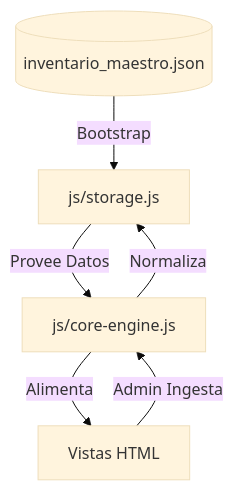
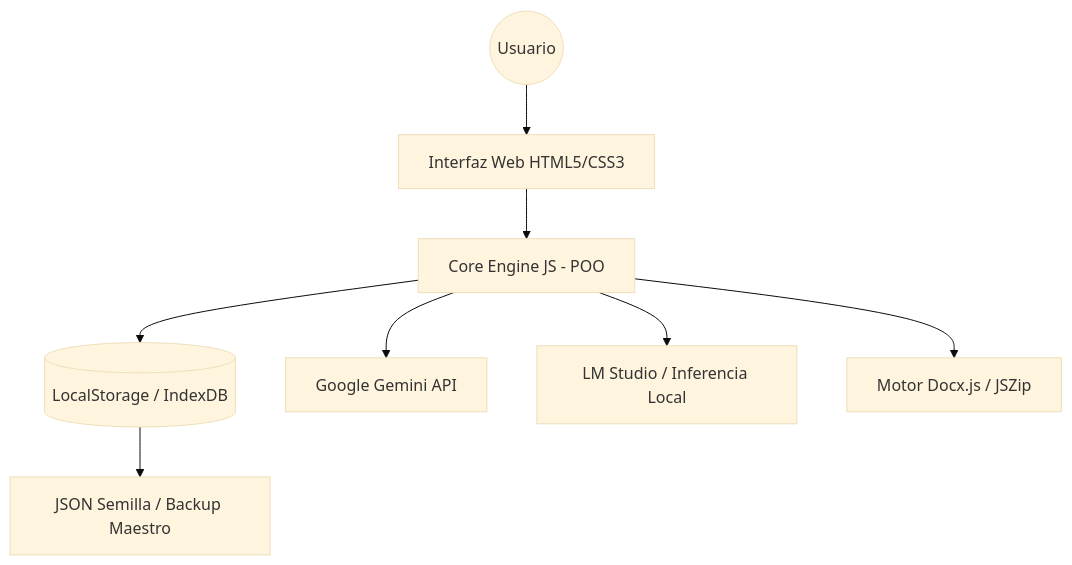
One commit to waltervasquezpina-arch/automatizacion_GxP changed the diagram in doc/02_Arquitectura_Stack.md. Above: the diagram before and after it, drawn with Mermaid (base theme). The commit also changed other lines of this file and 21 other files, not shown here.

````diff
--- a/doc/02_Arquitectura_Stack.md
+++ b/doc/02_Arquitectura_Stack.md
@@ -27,8 +6,10 @@
 ```mermaid
 graph TD
-    JSON[(inventario_maestro.json)] -->|Bootstrap| Storage[js/storage.js]
-    Storage -->|Provee Datos| Core[js/core-engine.js]
-    Core -->|Alimenta| UI[Vistas HTML]
-    UI -->|Admin Ingesta| Core
-    Core -->|Normaliza| Storage
+    User((Usuario)) --> UI[Interfaz Web HTML5/CSS3]
+    UI --> Core[Core Engine JS - POO]
+    Core --> Storage[(LocalStorage / IndexDB)]
+    Core --> AI_Cloud[Google Gemini API]
+    Core --> AI_Local[LM Studio / Inferencia Local]
+    Storage --> Backup[JSON Semilla / Backup Maestro]
+    Core --> Export[Motor Docx.js / JSZip]
 ```
````
